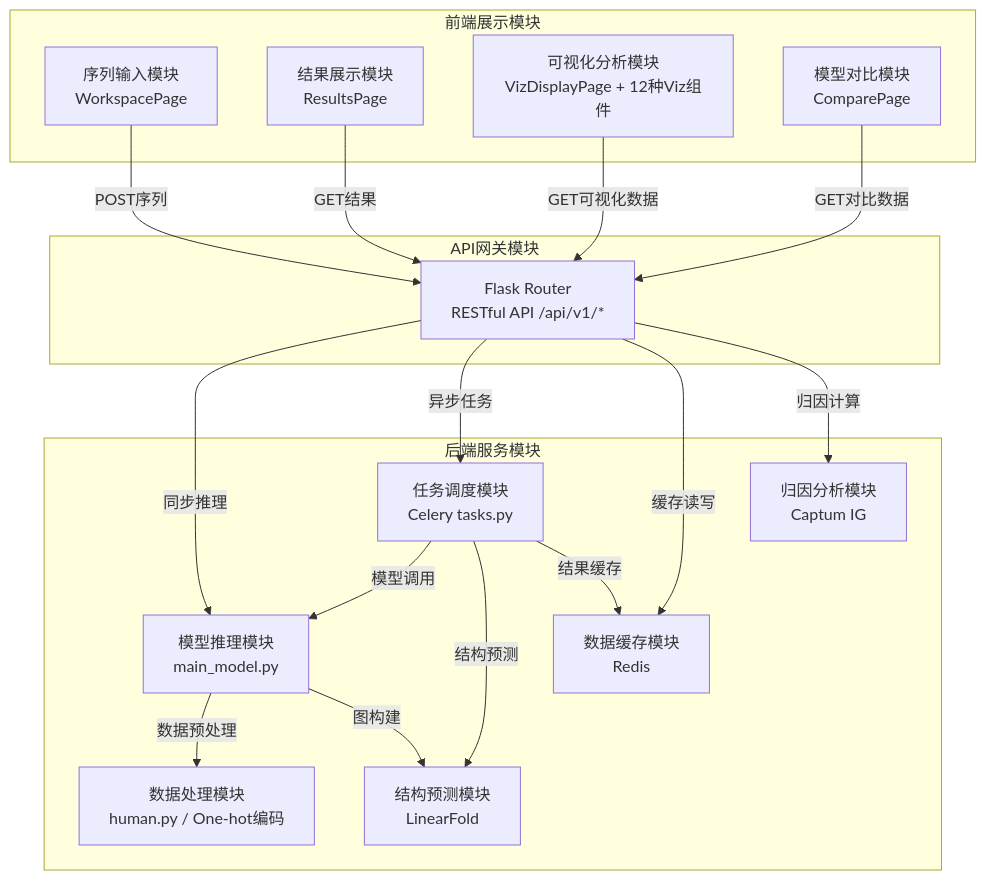
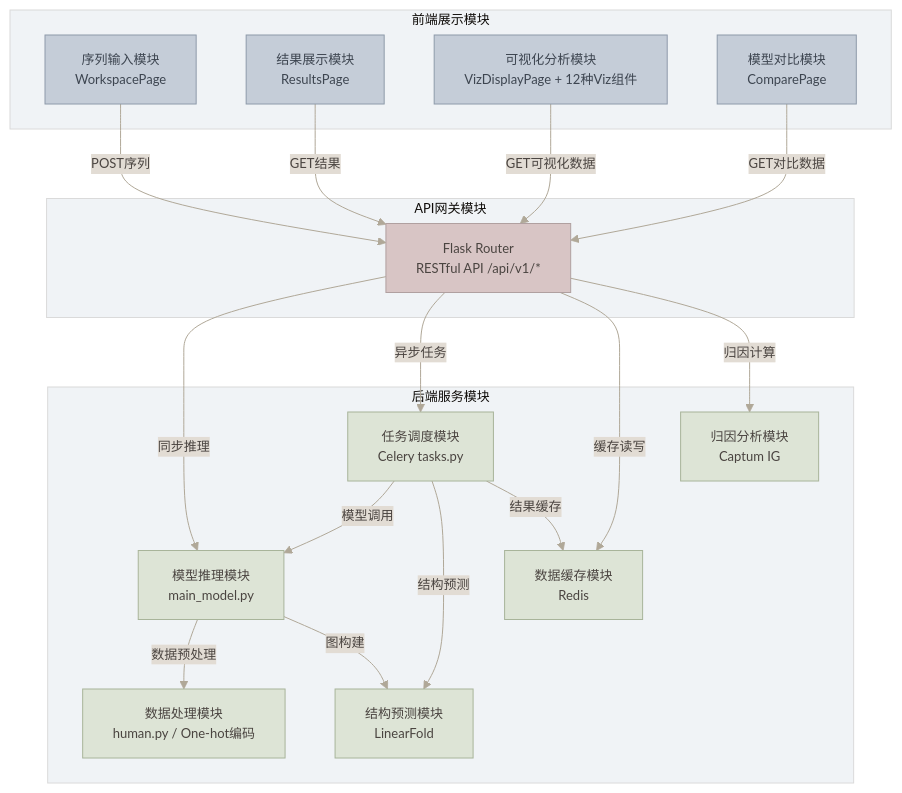
The third of 19 diagrams in md/RMA序列修饰检测可视化系统架构说明文档.md (fdiskdc/RGCNFormer_WebAndWx_backend), drawn with Mermaid before and after one commit. The commit also changed other lines of this file, not shown here.

````diff
--- a/md/RMA序列修饰检测可视化系统架构说明文档.md
+++ b/md/RMA序列修饰检测可视化系统架构说明文档.md
@@ -429,38 +345,43 @@
 ```mermaid
+%%{init: {'theme': 'base', 'themeVariables': {'primaryColor': '#EDE7E0', 'primaryTextColor': '#4A4440', 'primaryBorderColor': '#C4BAA8', 'lineColor': '#B0A898', 'secondaryColor': '#E2DCD4', 'background': '#F8F5F0', 'fontSize': '13px'}}}%%
 graph TB
+    classDef frontend fill:#C5CDD8,stroke:#8E9AAA,stroke-width:1px,color:#3D4550
+    classDef gateway fill:#D8C5C5,stroke:#B0A0A0,stroke-width:1px,color:#4A4440
+    classDef backend fill:#DDE4D6,stroke:#A8B49A,stroke-width:1px,color:#4A4440
+
     subgraph 前端展示模块
-        A[序列输入模块<br/>WorkspacePage]
-        B[结果展示模块<br/>ResultsPage]
-        C[可视化分析模块<br/>VizDisplayPage + 12种Viz组件]
-        D[模型对比模块<br/>ComparePage]
+        A[序列输入模块<br/>WorkspacePage]:::frontend
+        B[结果展示模块<br/>ResultsPage]:::frontend
+        C[可视化分析模块<br/>VizDisplayPage + 12种Viz组件]:::frontend
+        D[模型对比模块<br/>ComparePage]:::frontend
     end
 
     subgraph API网关模块
-        E[Flask Router<br/>RESTful API /api/v1/*]
+        E[Flask Router<br/>RESTful API /api/v1/*]:::gateway
     end
 
     subgraph 后端服务模块
-        F[模型推理模块<br/>main_model.py]
-        G[任务调度模块<br/>Celery tasks.py]
-        H[数据缓存模块<br/>Redis]
-        I[结构预测模块<br/>LinearFold]
-        J[数据处理模块<br/>human.py / One-hot编码]
-        K[归因分析模块<br/>Captum IG]
+        F[模型推理模块<br/>main_model.py]:::backend
+        G[任务调度模块<br/>Celery tasks.py]:::backend
+        H[数据缓存模块<br/>Redis]:::backend
+        I[结构预测模块<br/>LinearFold]:::backend
+        J[数据处理模块<br/>human.py / One-hot编码]:::backend
+        K[归因分析模块<br/>Captum IG]:::backend
     end
 
     A -->|POST序列| E
     B -->|GET结果| E
     C -->|GET可视化数据| E
     D -->|GET对比数据| E
 
     E -->|同步推理| F
     E -->|异步任务| G
     E -->|缓存读写| H
     E -->|归因计算| K
 
     G -->|模型调用| F
     G -->|结构预测| I
     G -->|结果缓存| H
     F -->|数据预处理| J
     F -->|图构建| I
 ```
````
